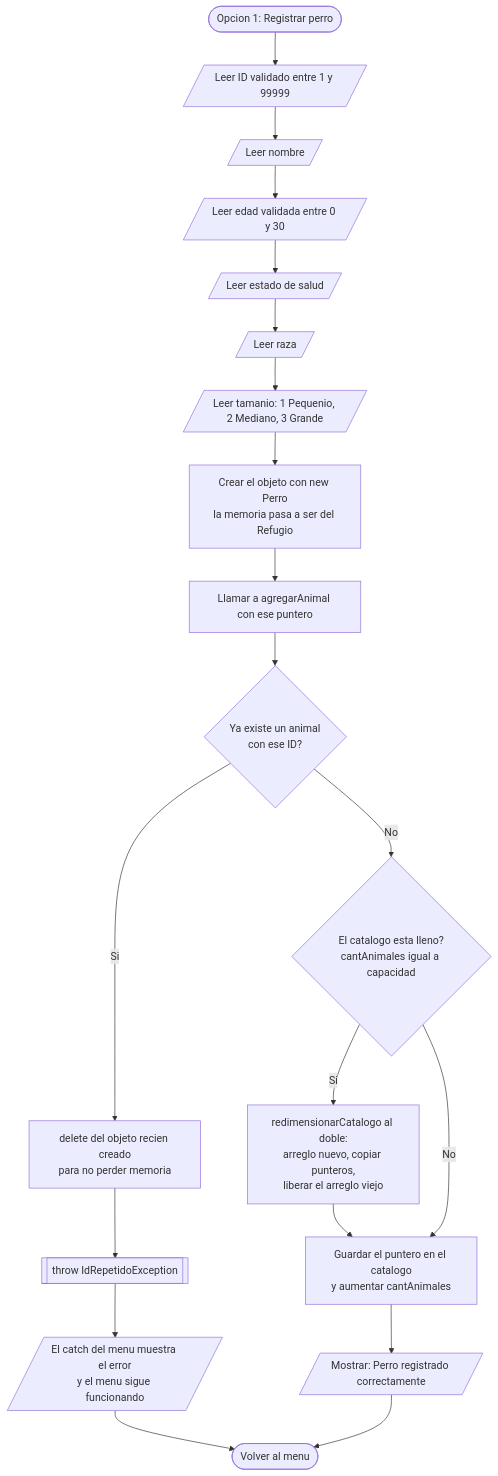
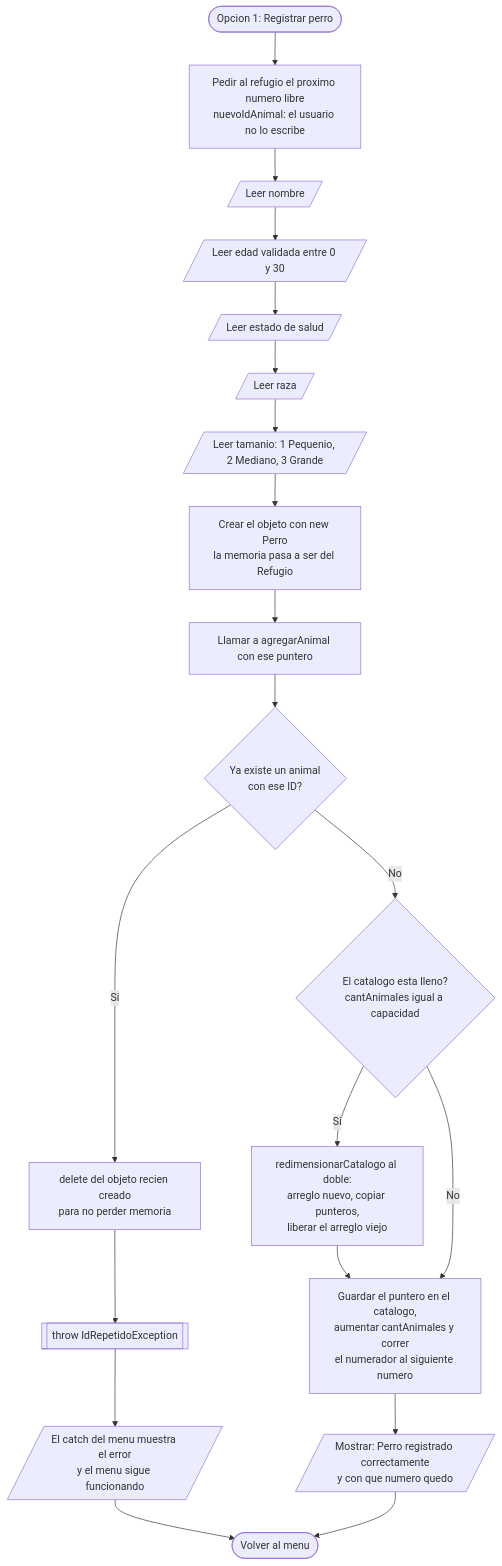
The fourth of 18 diagrams in DIAGRAMAS.md (tobiastardivo/REFUGIO), drawn with Mermaid before and after one commit. The commit also changed other lines of this file and 3 other files, not shown here.

````diff
--- a/DIAGRAMAS.md
+++ b/DIAGRAMAS.md
@@ -105,28 +147,28 @@
 ```mermaid
 flowchart TD
     INI(["Opcion 1: Registrar perro"])
-    ID[/"Leer ID validado entre 1 y 99999"/]
+    ID["Pedir al refugio el proximo numero libre<br/>nuevoIdAnimal: el usuario no lo escribe"]
     NOM[/"Leer nombre"/]
     EDAD[/"Leer edad validada entre 0 y 30"/]
     SALUD[/"Leer estado de salud"/]
     RAZA[/"Leer raza"/]
     TAM[/"Leer tamanio: 1 Pequenio, 2 Mediano, 3 Grande"/]
     NEW["Crear el objeto con new Perro<br/>la memoria pasa a ser del Refugio"]
     AGR["Llamar a agregarAnimal con ese puntero"]
     REP{"Ya existe un animal<br/>con ese ID?"}
     DEL["delete del objeto recien creado<br/>para no perder memoria"]
     THROW[["throw IdRepetidoException"]]
     LLENO{"El catalogo esta lleno?<br/>cantAnimales igual a capacidad"}
     RESIZE["redimensionarCatalogo al doble:<br/>arreglo nuevo, copiar punteros,<br/>liberar el arreglo viejo"]
-    GUARDA["Guardar el puntero en el catalogo<br/>y aumentar cantAnimales"]
-    OK[/"Mostrar: Perro registrado correctamente"/]
+    GUARDA["Guardar el puntero en el catalogo,<br/>aumentar cantAnimales y correr<br/>el numerador al siguiente numero"]
+    OK[/"Mostrar: Perro registrado correctamente<br/>y con que numero quedo"/]
     CATCH[/"El catch del menu muestra el error<br/>y el menu sigue funcionando"/]
     FIN(["Volver al menu"])
 
     INI --> ID --> NOM --> EDAD --> SALUD --> RAZA --> TAM --> NEW --> AGR --> REP
     REP -->|"Si"| DEL --> THROW --> CATCH --> FIN
     REP -->|"No"| LLENO
     LLENO -->|"Si"| RESIZE --> GUARDA
     LLENO -->|"No"| GUARDA
     GUARDA --> OK --> FIN
 ```
````
